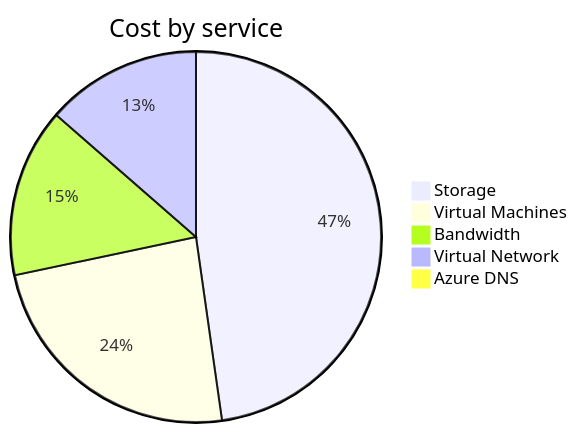
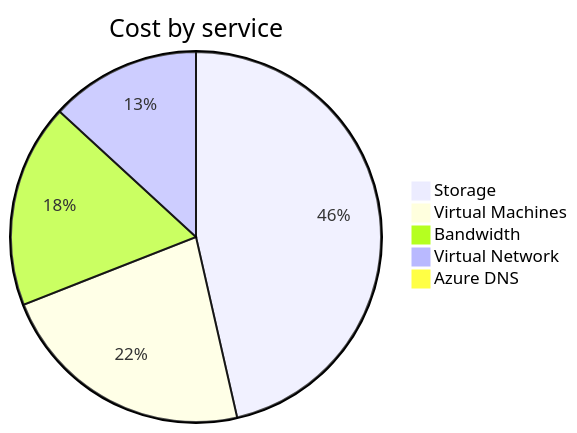
Before and after one commit to jpfulton/azure-personal-reports: the second of 4 diagrams in cost-reports/personal-network/README.md, drawn with Mermaid. The commit also changed other lines of this file and 8 other files, not shown here.

````diff
--- a/cost-reports/personal-network/README.md
+++ b/cost-reports/personal-network/README.md
@@ -99,9 +99,9 @@
 ```mermaid
 pie
    title Cost by service
-   "Storage" : 4.15
-   "Virtual Machines" : 2.08
-   "Bandwidth" : 1.28
-   "Virtual Network" : 1.18
-   "Azure DNS" : 0.08
+   "Storage" : 5.01
+   "Virtual Machines" : 2.44
+   "Bandwidth" : 1.92
+   "Virtual Network" : 1.42
+   "Azure DNS" : 0.10
 ```
````
